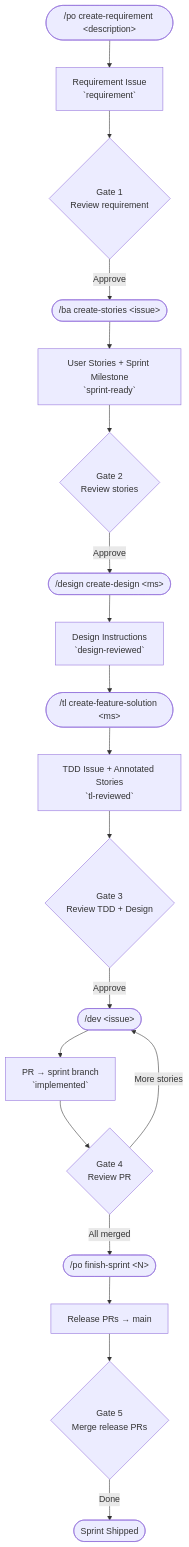
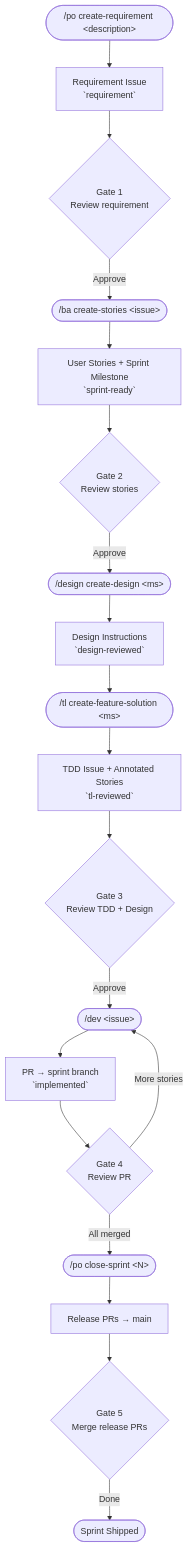
Before and after one commit to simpscal/notism: the first of 2 diagrams in README.md, drawn with Mermaid. The commit also changed other lines of this file and 8 other files, not shown here.

Commit message:
refactor: rename finish-sprint to close-sprint

````diff
--- a/README.md
+++ b/README.md
@@ -21,21 +21,21 @@
 ```mermaid
 flowchart TD
     A(["/po create-requirement &lt;description&gt;"]) --> B["Requirement Issue<br/>`requirement`"]
     B --> G1{Gate 1<br/>Review requirement}
     G1 -->|Approve| C(["/ba create-stories &lt;issue&gt;"])
     C --> D["User Stories + Sprint Milestone<br/>`sprint-ready`"]
     D --> G2{Gate 2<br/>Review stories}
     G2 -->|Approve| E1(["/design create-design &lt;ms&gt;"])
     E1 --> F1["Design Instructions<br/>`design-reviewed`"]
     F1 --> E2(["/tl create-feature-solution &lt;ms&gt;"])
     E2 --> F2["TDD Issue + Annotated Stories<br/>`tl-reviewed`"]
     F2 --> G3{Gate 3<br/>Review TDD + Design}
     G3 -->|Approve| H(["/dev &lt;issue&gt;"])
     H --> I["PR → sprint branch<br/>`implemented`"]
     I --> G4{Gate 4<br/>Review PR}
     G4 -->|More stories| H
-    G4 -->|All merged| J(["/po finish-sprint &lt;N&gt;"])
+    G4 -->|All merged| J(["/po close-sprint &lt;N&gt;"])
     J --> K["Release PRs → main"]
     K --> G5{Gate 5<br/>Merge release PRs}
     G5 -->|Done| L([Sprint Shipped])
 ```
````
